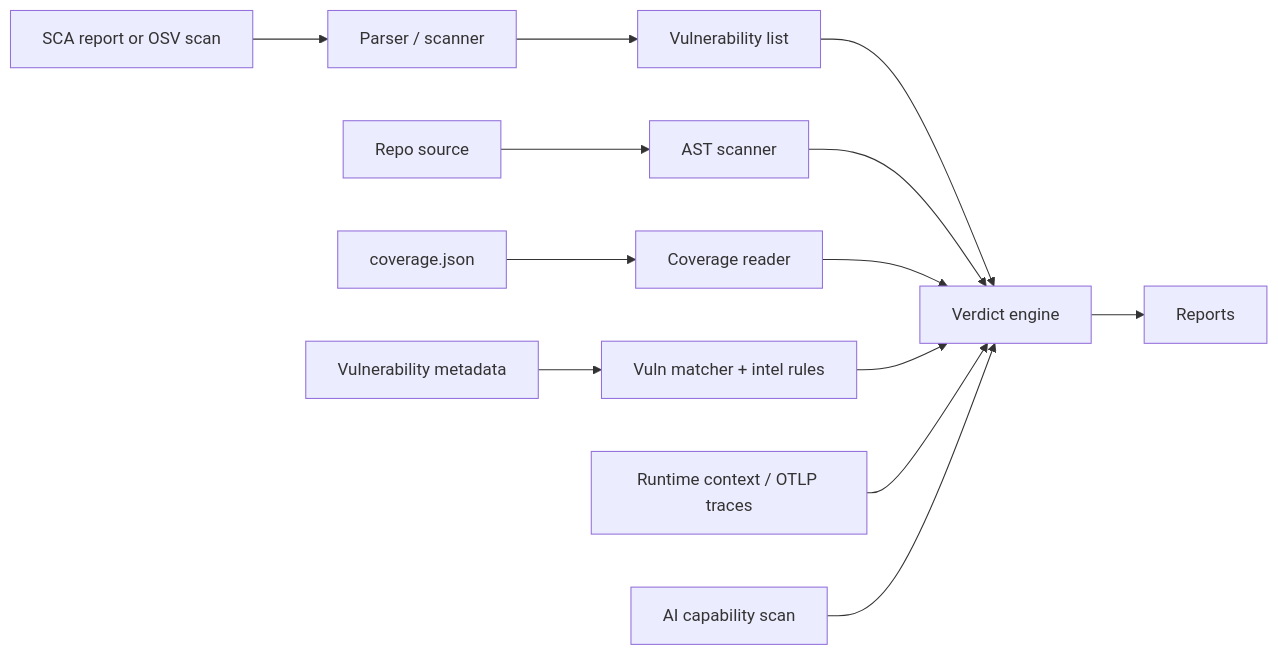
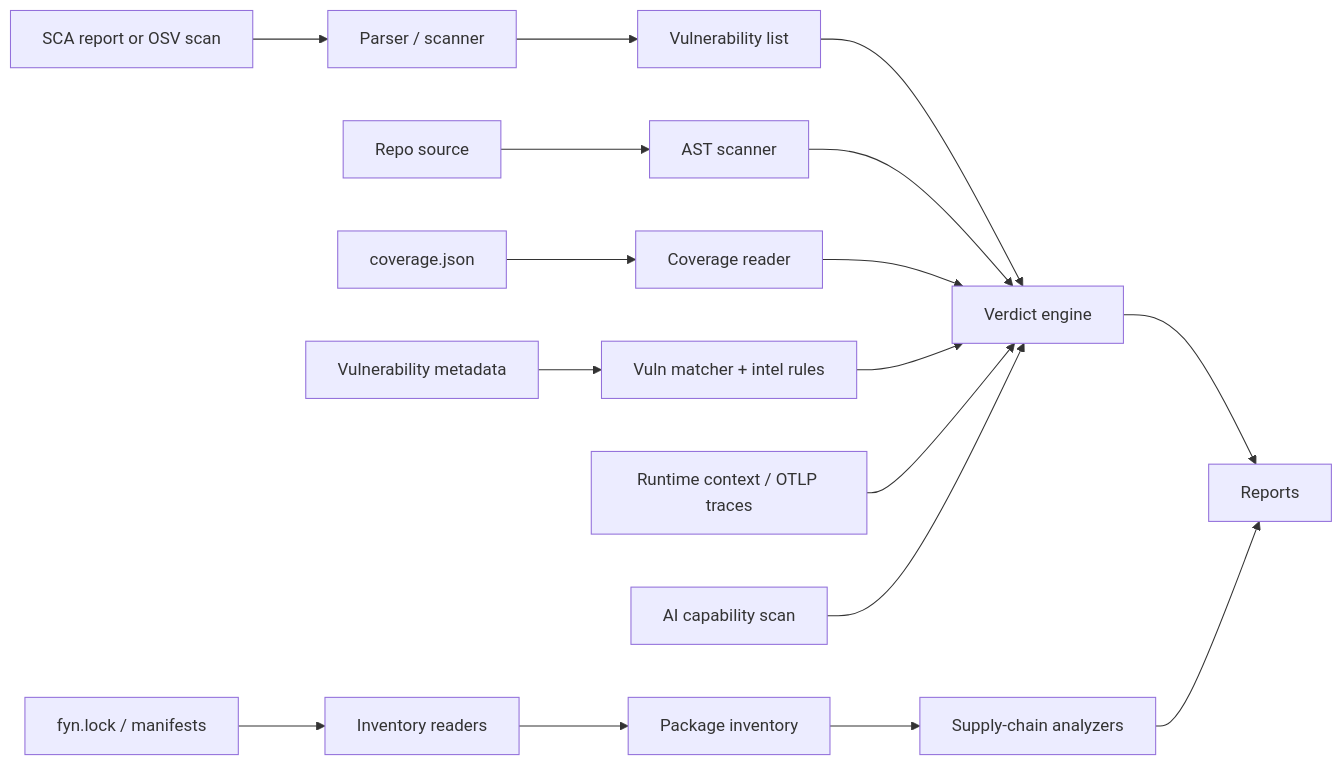
Before and after one commit to duriantaco/ca9: the diagram in docs/architecture/overview.md, drawn with Mermaid. The commit also changed other lines of this file and 37 other files, not shown here.

First line of the commit message:
Add supply-chain vetting pipeline (#14)

````diff
--- a/docs/architecture/overview.md
+++ b/docs/architecture/overview.md
@@ -7,16 +7,21 @@
 ```mermaid
 graph LR
     A[SCA report or OSV scan] --> B[Parser / scanner]
     B --> C[Vulnerability list]
     C --> D[Verdict engine]
     D --> E[Reports]
+
+    N[fyn.lock / manifests] --> O[Inventory readers]
+    O --> P[Package inventory]
+    P --> Q[Supply-chain analyzers]
+    Q --> E
 
     F[Repo source] --> G[AST scanner]
     G --> D
     H[coverage.json] --> I[Coverage reader]
     I --> D
     J[Vulnerability metadata] --> K[Vuln matcher + intel rules]
     K --> D
     L[Runtime context / OTLP traces] --> D
     M[AI capability scan] --> D
 ```
````
